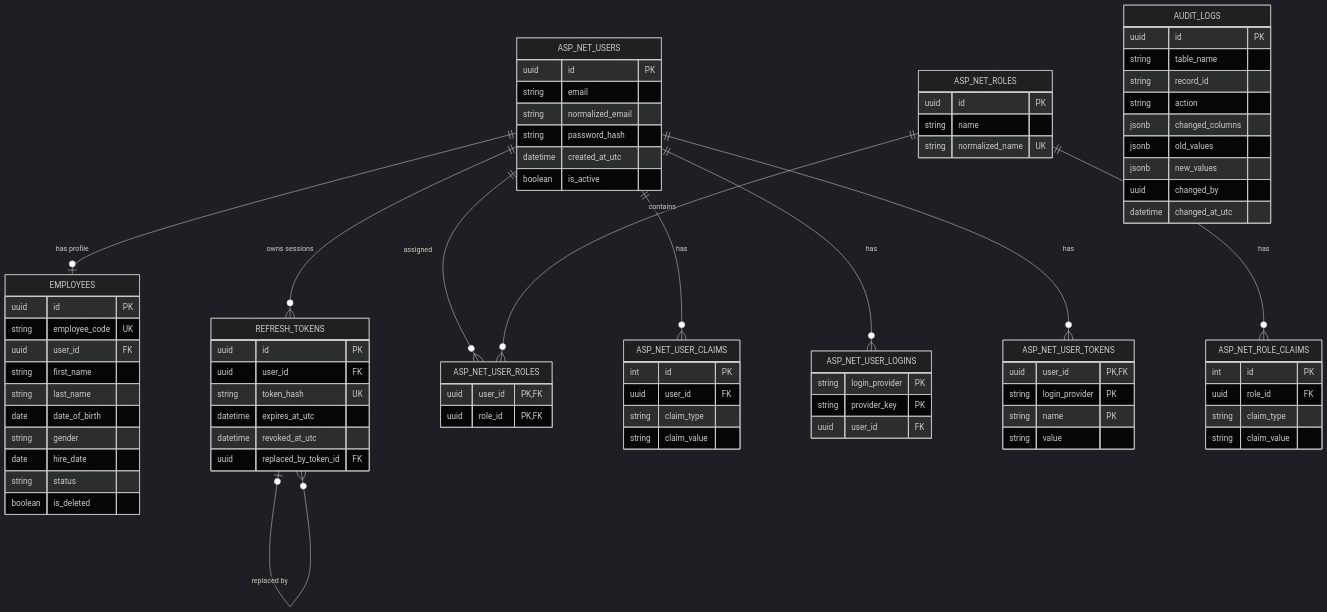
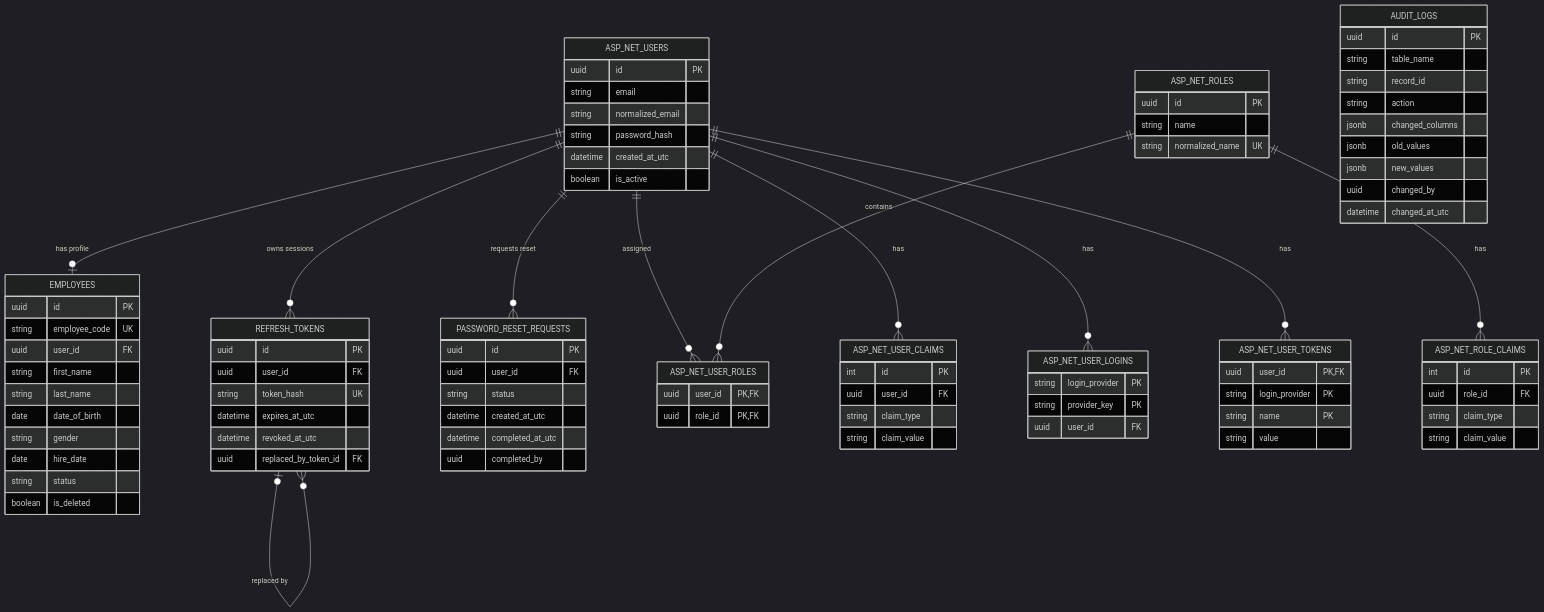
The diagram in CURRENT_DATABASE_ERD.md (tunhuyhd/HRManagement), drawn with Mermaid (dark theme) before and after one commit. The commit also changed other lines of this file and 24 other files, not shown here.

First line of the commit message:
Add password reset requests feature

```diff
--- a/CURRENT_DATABASE_ERD.md
+++ b/CURRENT_DATABASE_ERD.md
@@ -268,6 +298,7 @@
 erDiagram
     ASP_NET_USERS ||--o| EMPLOYEES : "has profile"
     ASP_NET_USERS ||--o{ REFRESH_TOKENS : "owns sessions"
+    ASP_NET_USERS ||--o{ PASSWORD_RESET_REQUESTS : "requests reset"
     REFRESH_TOKENS o|--o{ REFRESH_TOKENS : "replaced by"
 
     ASP_NET_USERS ||--o{ ASP_NET_USER_ROLES : "assigned"
@@ -306,6 +337,15 @@
         datetime expires_at_utc
         datetime revoked_at_utc
         uuid replaced_by_token_id FK
+    }
+
+    PASSWORD_RESET_REQUESTS {
+        uuid id PK
+        uuid user_id FK
+        string status
+        datetime created_at_utc
+        datetime completed_at_utc
+        uuid completed_by
     }
 
     ASP_NET_ROLES {
```
